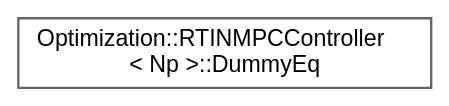
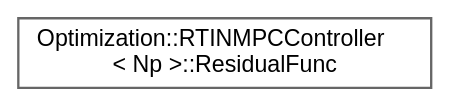
One commit to jswoo0615/Algorithms_for_Optimization_cpp changed the diagram in inherit_graph_53.dot. Above: the diagram before and after it, drawn with Graphviz. The commit also changed 20 other files, not shown here.

```diff
--- a/inherit_graph_53.dot
+++ b/inherit_graph_53.dot
@@ -1,9 +1,9 @@
 digraph "Graphical Class Hierarchy"
 {
  // LATEX_PDF_SIZE
   bgcolor="transparent";
   edge [fontname=Helvetica,fontsize=10,labelfontname=Helvetica,labelfontsize=10];
   node [fontname=Helvetica,fontsize=10,shape=box,height=0.2,width=0.4];
   rankdir="LR";
-  Node0 [id="Node000000",label="Optimization::RTINMPCController\l\< Np \>::DummyEq",height=0.2,width=0.4,color="grey40", fillcolor="white", style="filled",URL="$structOptimization_1_1RTINMPCController_1_1DummyEq.html",tooltip=" "];
+  Node0 [id="Node000000",label="Optimization::RTINMPCController\l\< Np \>::ResidualFunc",height=0.2,width=0.4,color="grey40", fillcolor="white", style="filled",URL="$structOptimization_1_1RTINMPCController_1_1ResidualFunc.html",tooltip=" "];
 }
```
